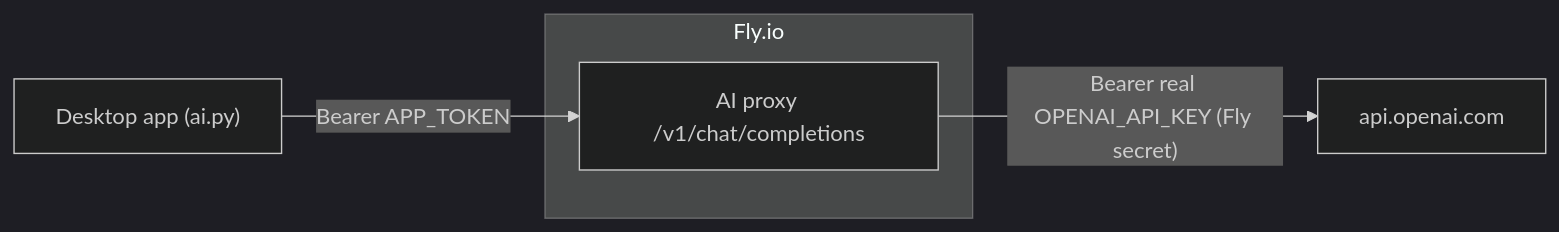
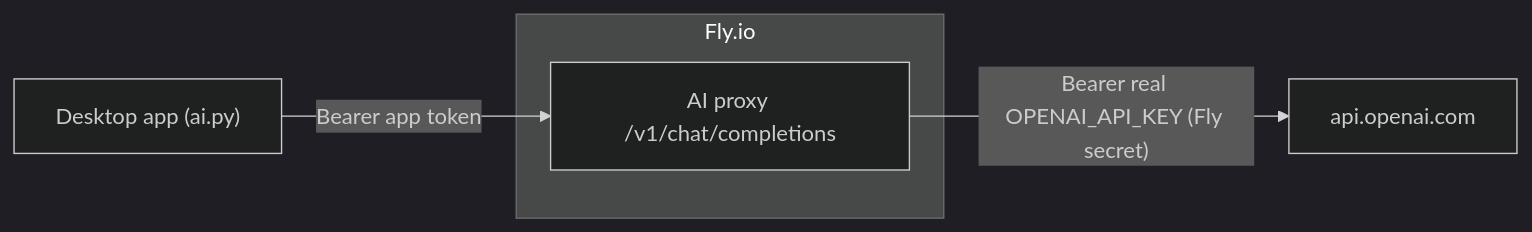
Before and after one commit to fzhu22/Speedrun: the diagram in anki/docs/aiproxy/README.md, drawn with Mermaid (dark theme). The commit also changed other lines of this file and 59 other files, not shown here.

````diff
--- a/anki/docs/aiproxy/README.md
+++ b/anki/docs/aiproxy/README.md
@@ -7,8 +7,8 @@
 ```mermaid
 flowchart LR
-  app["Desktop app (ai.py)"] -- "Bearer APP_TOKEN" --> proxy
+  app["Desktop app (ai.py)"] -- "Bearer app token" --> proxy
   subgraph fly [Fly.io]
     proxy["AI proxy /v1/chat/completions"]
   end
   proxy -- "Bearer real OPENAI_API_KEY (Fly secret)" --> openai["api.openai.com"]
 ```
````
